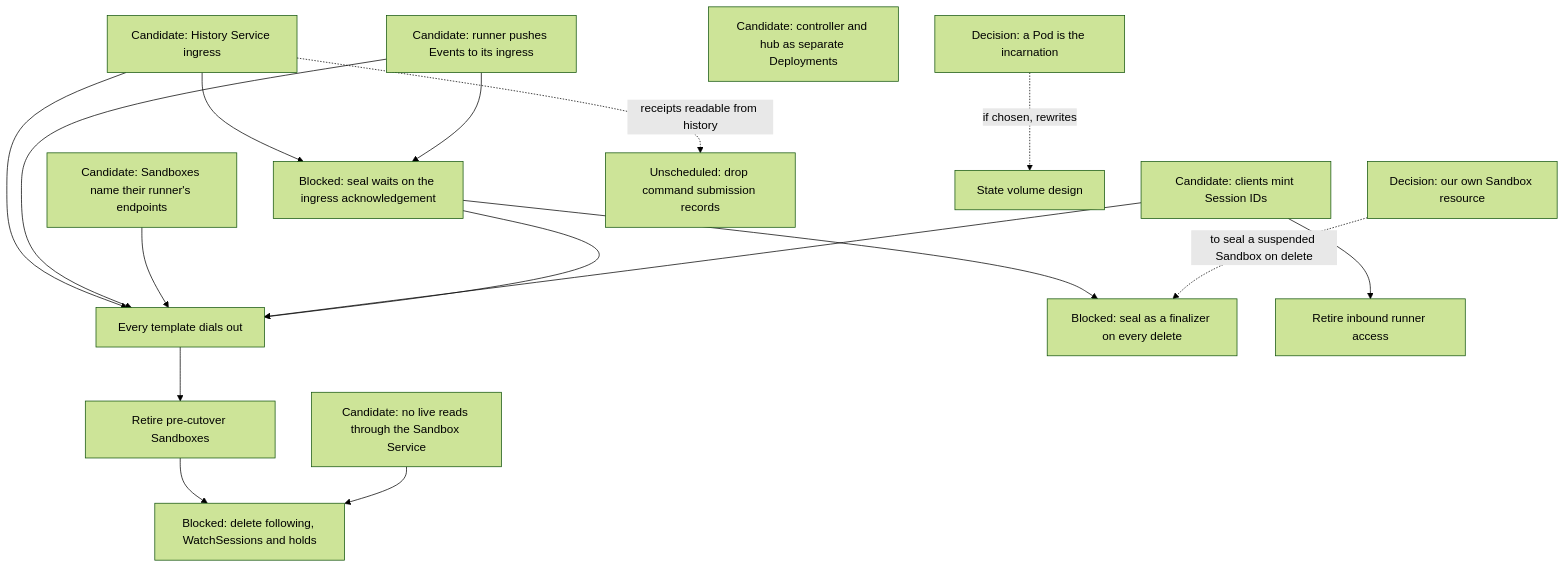
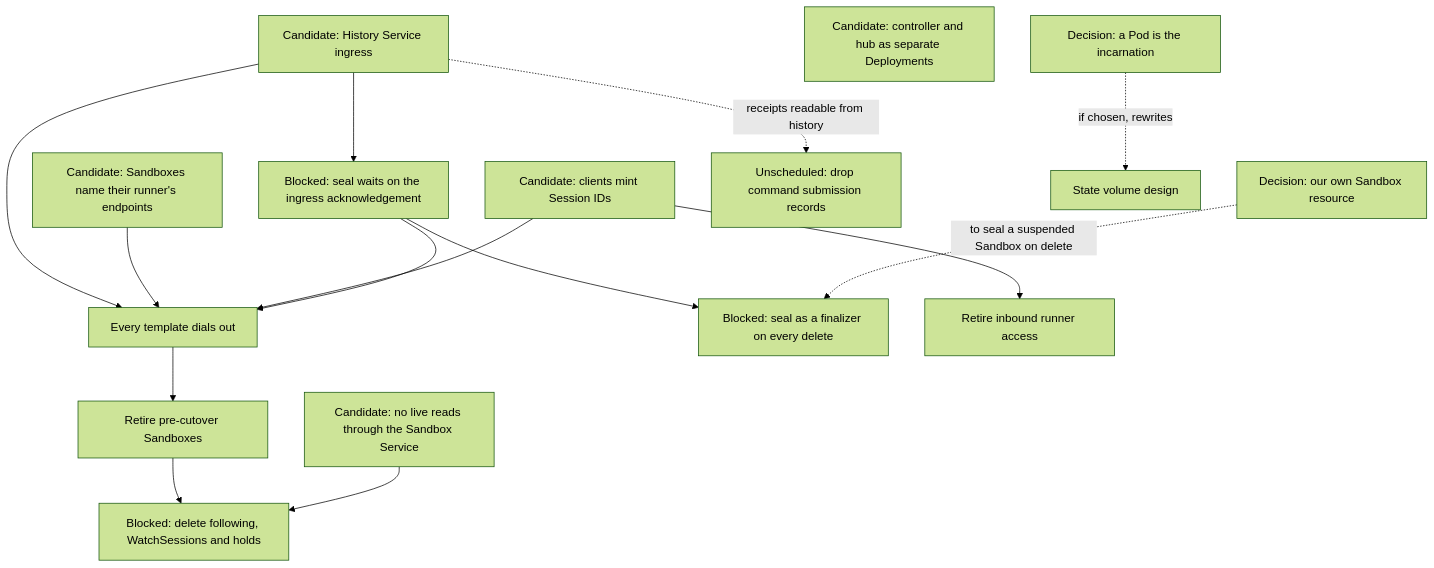
Diagram 12 of 12 in agentplane/plans/task_dag.md (agentydragon-agent/ducktape), drawn with Mermaid (forest theme) before and after one commit. The commit also changed other lines of this file and 15 other files, not shown here.

````diff
--- a/agentplane/plans/task_dag.md
+++ b/agentplane/plans/task_dag.md
@@ -903,32 +901,29 @@
 ```mermaid
 flowchart TD
     HISTORY_INGRESS[Candidate: History Service ingress]
-    RUNNER_INGRESS_PUSH[Candidate: runner pushes Events to its ingress]
     SANDBOX_RUNNER_ENDPOINTS[Candidate: Sandboxes name their runner's endpoints]
     CLIENT_SESSION_IDS[Candidate: clients mint Session IDs]
     APP_LIVE_FROM_HISTORY[Candidate: no live reads through the Sandbox Service]
     SEAL_ON_INGRESS_ACK[Blocked: seal waits on the ingress acknowledgement]
     RUNNER_OUTBOUND_ROLLOUT[Every template dials out]
     LEGACY_SANDBOX_RETIRE[Retire pre-cutover Sandboxes]
     FOLLOW_PATH_RETIRE[Blocked: delete following, WatchSessions and holds]
     SANDBOX_SERVICE_DEPLOYMENT_SPLIT[Candidate: controller and hub as separate Deployments]
     AGENTPLANE_SANDBOX_RESOURCE[Decision: our own Sandbox resource]
     POD_INCARNATION[Decision: a Pod is the incarnation]
     SEAL_FINALIZER[Blocked: seal as a finalizer on every delete]
     COMMAND_RECORDS_RETIRE[Unscheduled: drop command submission records]
     HISTORY_INGRESS --> SEAL_ON_INGRESS_ACK
-    RUNNER_INGRESS_PUSH --> SEAL_ON_INGRESS_ACK
     HISTORY_INGRESS --> RUNNER_OUTBOUND_ROLLOUT
-    RUNNER_INGRESS_PUSH --> RUNNER_OUTBOUND_ROLLOUT
     SANDBOX_RUNNER_ENDPOINTS --> RUNNER_OUTBOUND_ROLLOUT
     CLIENT_SESSION_IDS --> RUNNER_OUTBOUND_ROLLOUT
     CLIENT_SESSION_IDS --> RUNNER_INBOUND_RETIRE[Retire inbound runner access]
     SEAL_ON_INGRESS_ACK --> RUNNER_OUTBOUND_ROLLOUT
     RUNNER_OUTBOUND_ROLLOUT --> LEGACY_SANDBOX_RETIRE
     LEGACY_SANDBOX_RETIRE --> FOLLOW_PATH_RETIRE
     APP_LIVE_FROM_HISTORY --> FOLLOW_PATH_RETIRE
     SEAL_ON_INGRESS_ACK --> SEAL_FINALIZER
     AGENTPLANE_SANDBOX_RESOURCE -. to seal a suspended Sandbox on delete .-> SEAL_FINALIZER
     POD_INCARNATION -. if chosen, rewrites .-> SESSION_STATE_VOLUME_DESIGN[State volume design]
     HISTORY_INGRESS -. receipts readable from history .-> COMMAND_RECORDS_RETIRE
 ```
````
